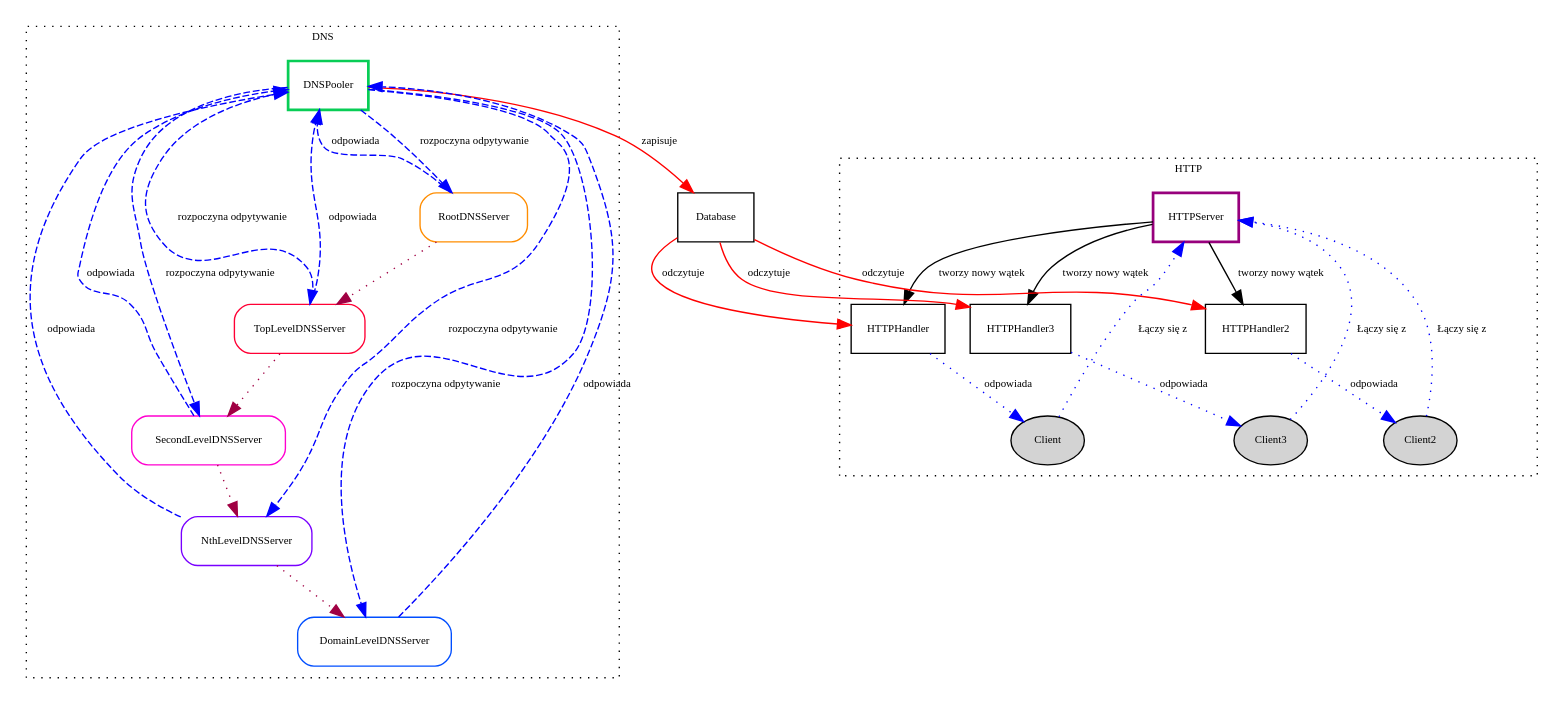
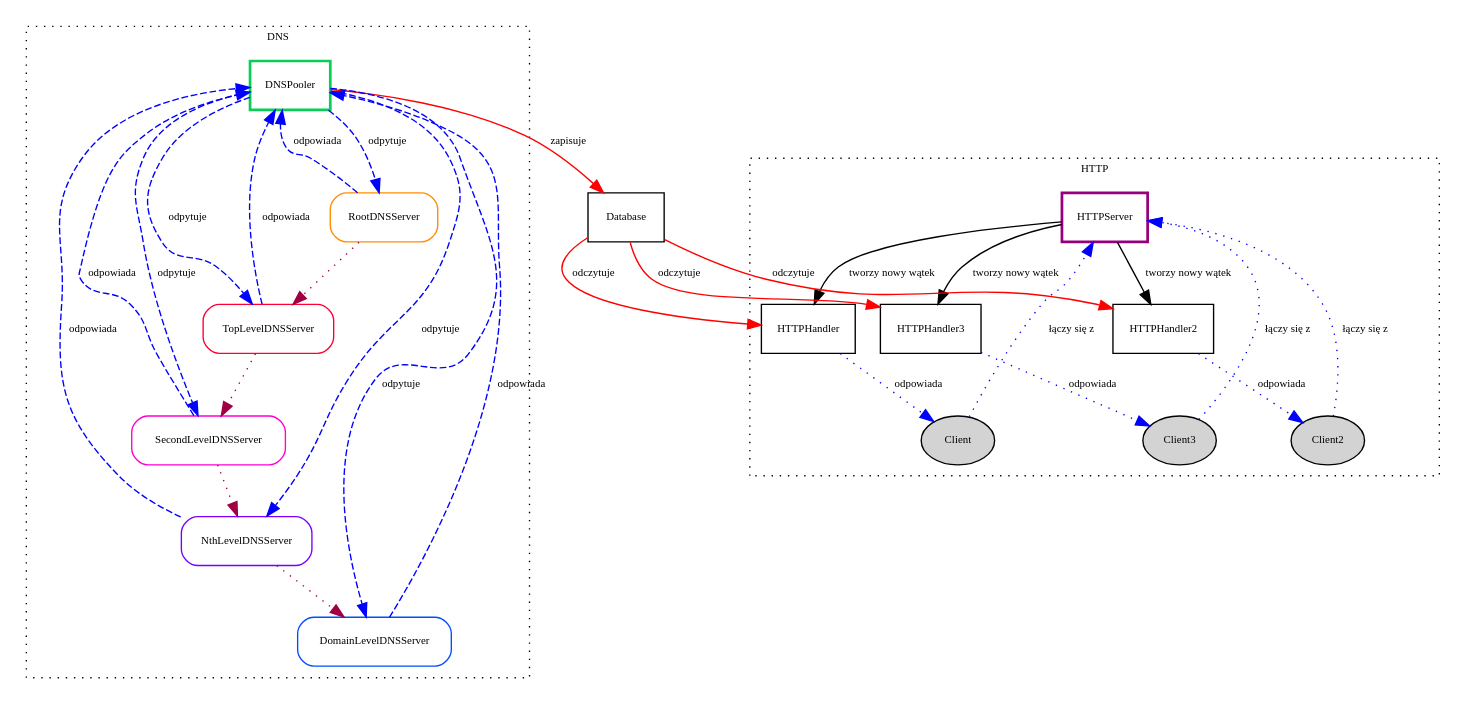
The diagram in doc/graph.dot (Aerial94/TIN), drawn with Graphviz before and after one commit. The commit also changed 2 other files, not shown here.

```diff
--- a/doc/graph.dot
+++ b/doc/graph.dot
@@ -1,142 +1,142 @@
 digraph G {
         fontname = "Bitstream Vera Sans"
         fontsize = 8
         ordering=out
         overlap = scale;
 
         node [
                 fontname = "Bitstream Vera Sans"
                 fontsize = 8
                 shape = "record"
                 nodesep=5.0
         ]
 
         edge [
                 fontname = "Bitstream Vera Sans"
                 fontsize = 8
         ]
 
         HTTPServer [
                 label = "{HTTPServer}"
                 color = "#97007C"
                 style = "bold"
         ]
 
         Database [
                 label = "Database"
         ]
 
         Client[
                 label = "Client"
                 shape = "ellipse"
                 style=filled
         ]
 
         HTTPHandler[
                 label = "{HTTPHandler}"
         ]
 
         Client2[
                 label = "Client2"
                 style="dotted"
                 shape = "ellipse"
                 style=filled
         ]
         HTTPHandler2[
                 label = "HTTPHandler2"
         ]
         Client3[
                 label = "Client3"
                 style="dotted"
                 shape = "ellipse"
                 style=filled
         ]
         HTTPHandler3[
                 label = "HTTPHandler3"
         ]
         subgraph cluster_1 {
             label = "HTTP"
         graph[style=dotted];
-        Client -> HTTPServer [label="Łączy się z" style = "dotted",
+        Client -> HTTPServer [label="łączy się z" style = "dotted",
                color="blue"]
-        Client2 -> HTTPServer [label="Łączy się z" style = "dotted",
+        Client2 -> HTTPServer [label="łączy się z" style = "dotted",
         color="blue"]
-        Client3 -> HTTPServer [label="Łączy się z" style = "dotted",
+        Client3 -> HTTPServer [label="łączy się z" style = "dotted",
         color="blue"]
         HTTPHandler2 -> Client2 [label="odpowiada" style = "dotted", color="blue"]
         HTTPHandler3 -> Client3 [label="odpowiada" style = "dotted", color="blue"]
         HTTPServer -> HTTPHandler2 [label = "tworzy nowy wątek"]
         HTTPHandler -> Client [label="odpowiada" style = "dotted", color="blue"]
         HTTPServer -> HTTPHandler [label = "tworzy nowy wątek"]
         HTTPServer -> HTTPHandler3 [label = "tworzy nowy wątek"]
         }
         Database -> HTTPHandler[label="odczytuje" style =
         "solid", color="red"]
         Database -> HTTPHandler2 [label="odczytuje" style =
         "solid", color="red"]
         Database -> HTTPHandler3 [label="odczytuje" style =
         "solid", color="red"]
 
         DNSPooler[
                 label = "DNSPooler"
                 style="solid"
                 color="#08CD56"
                 style = "bold"
         ]
         DNSPooler -> Database [label="zapisuje" style =
         "solid", color="red"]
 
 
         TopLevelDNSServer[
                 label = "TopLevelDNSServer"
                 style="solid"
                 color="#FF0035"
                 style = "rounded"
         ]
         RootDNSServer[
                 label = "RootDNSServer"
                 style="solid"
                 color="#FF8D00"
                 style = "rounded"
         ]
         SecondLevelDNSServer[
                 label = "SecondLevelDNSServer"
                 style="solid"
                 color="#FF00CF"
                 style = "rounded"
         ]
         NthLevelDNSServer[
                 label = "NthLevelDNSServer"
                 style="dashed"
                 color="#7900FF"
                 style = "rounded"
         ]
         DomainLevelDNSServer[
                 label = "DomainLevelDNSServer"
                 style="solid"
                 color="#004EFF"
                 style = "rounded"
         ]
         subgraph cluster_0 {
             label = "DNS"
         graph[style=dotted]
         RootDNSServer -> TopLevelDNSServer [style="dotted"
         color="#A00043"]
         TopLevelDNSServer -> SecondLevelDNSServer [style="dotted"
         color="#A00043"]
         SecondLevelDNSServer -> NthLevelDNSServer [style="dotted"
         color="#A00043"]
         NthLevelDNSServer -> DomainLevelDNSServer [style="dotted"
         color="#A00043"]
-        DNSPooler -> RootDNSServer [label="rozpoczyna odpytywanie" style = "dashed", color="blue"]
+        DNSPooler -> RootDNSServer [label="odpytuje" style = "dashed", color="blue"]
         RootDNSServer -> DNSPooler [label="odpowiada" style = "dashed", color="blue"]
-        DNSPooler -> TopLevelDNSServer [label="rozpoczyna odpytywanie" style = "dashed", color="blue"]
+        DNSPooler -> TopLevelDNSServer [label="odpytuje" style = "dashed", color="blue"]
         TopLevelDNSServer -> DNSPooler [label="odpowiada" style = "dashed", color="blue"]
-        DNSPooler -> SecondLevelDNSServer [label="rozpoczyna odpytywanie" style = "dashed", color="blue"]
+        DNSPooler -> SecondLevelDNSServer [label="odpytuje" style = "dashed", color="blue"]
         SecondLevelDNSServer -> DNSPooler [label="odpowiada" style = "dashed", color="blue"]
-        DNSPooler -> NthLevelDNSServer [label="rozpoczyna odpytywanie" style = "dashed", color="blue"]
+        DNSPooler -> NthLevelDNSServer [label="odpytuje" style = "dashed", color="blue"]
         NthLevelDNSServer -> DNSPooler [label="odpowiada" style = "dashed", color="blue"]
-        DNSPooler -> DomainLevelDNSServer [label="rozpoczyna odpytywanie" style = "dashed", color="blue"]
+        DNSPooler -> DomainLevelDNSServer [label="odpytuje" style = "dashed", color="blue"]
         DomainLevelDNSServer -> DNSPooler [label="odpowiada" style = "dashed" color="blue"]
         }
 }
```
